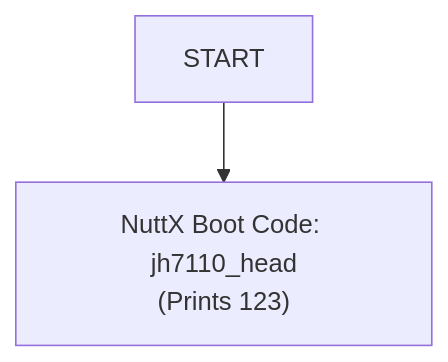
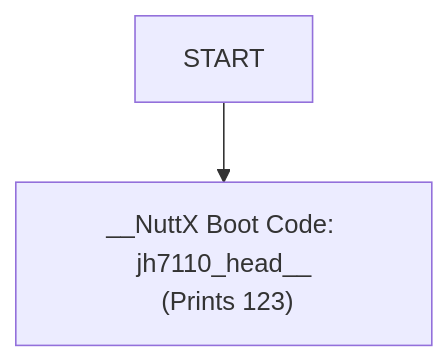
Before and after one commit to lupyuen/nuttx-ox64: the diagram in README.md, drawn with Mermaid.

````diff
--- a/README.md
+++ b/README.md
@@ -1463,6 +1463,5 @@
 ```mermaid
 flowchart TD
-START --> jh7110_head["`NuttX Boot Code: jh7110_head
-(Prints 123)`"]
+START --> jh7110_head["__NuttX Boot Code: jh7110_head__<br> (Prints 123)"]
 click jh7110_head href "https://github.com/lupyuen2/wip-pinephone-nuttx/blob/ox64/arch/risc-v/src/jh7110/jh7110_head.S#L41-L156" "arch/risc-v/src/jh7110/jh7110_head.S" _blank
 ```
````
